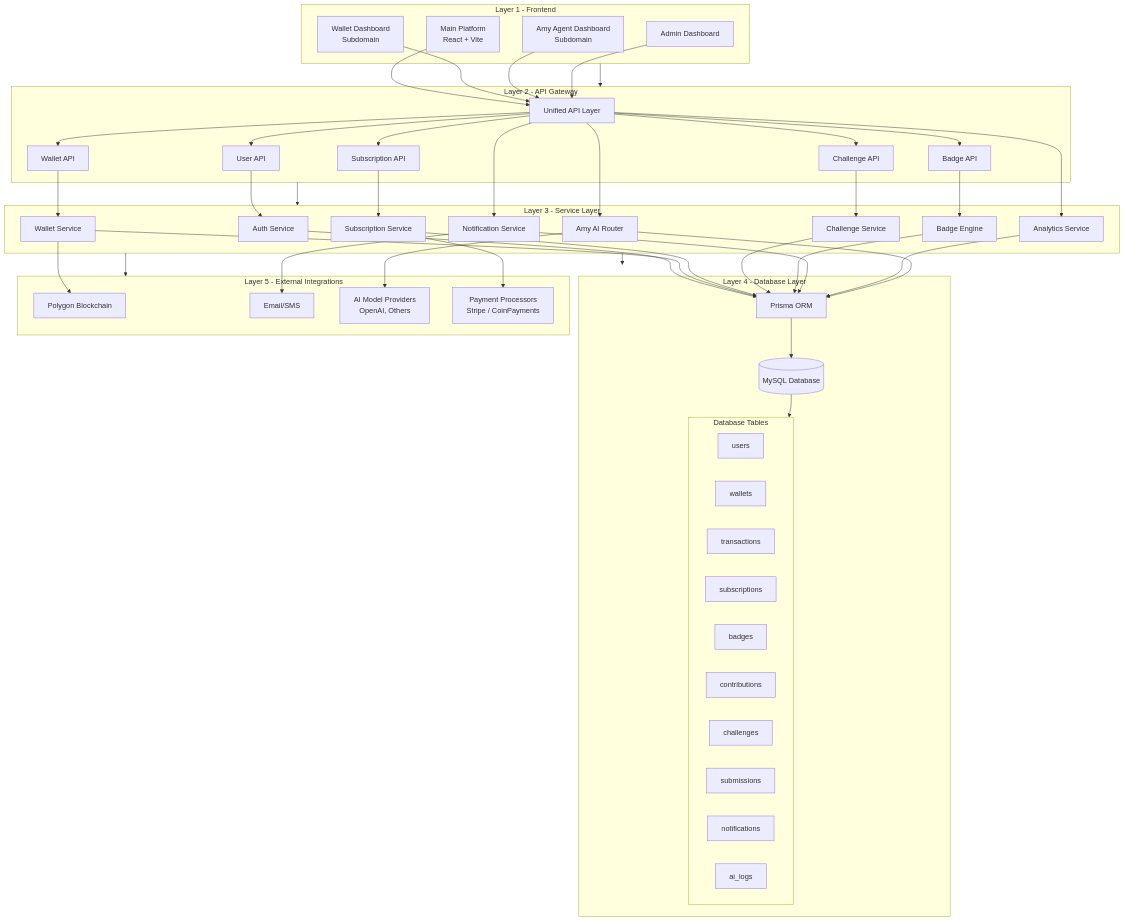
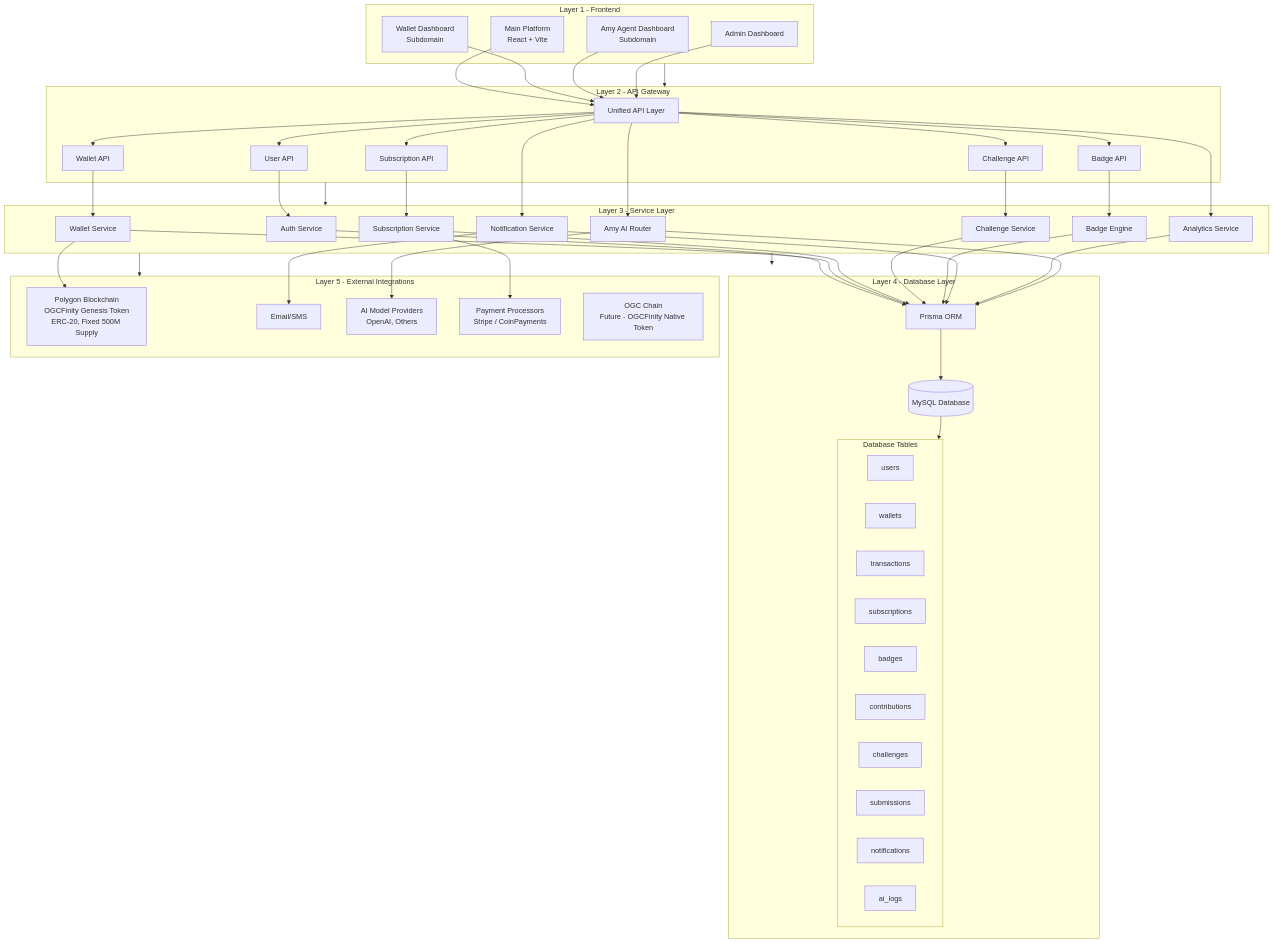
The diagram in docs/mermaid/02-architecture/phase-2.3--architecture--master.mmd (WaelOGC/OGC-NewFinity-Palstform), drawn with Mermaid before and after one commit. The commit also changed 327 other files, not shown here.

```diff
--- a/docs/mermaid/02-architecture/phase-2.3--architecture--master.mmd
+++ b/docs/mermaid/02-architecture/phase-2.3--architecture--master.mmd
@@ -1,97 +1,98 @@
 flowchart TB
 
 %% Phase 2.3 - OGC NewFinity Platform Master Architecture Diagram
 %% Large, layered structure showing complete platform architecture
 
 subgraph LAYER1["Layer 1 - Frontend"]
   MAIN_PLATFORM[Main Platform<br/>React + Vite]
   WALLET_DASH[Wallet Dashboard<br/>Subdomain]
   AMY_DASH[Amy Agent Dashboard<br/>Subdomain]
   ADMIN_DASH[Admin Dashboard]
 end
 
 subgraph LAYER2["Layer 2 - API Gateway"]
   API_GATEWAY[Unified API Layer]
   USER_API[User API]
   WALLET_API[Wallet API]
   SUBS_API[Subscription API]
   CHALLENGE_API[Challenge API]
   BADGE_API[Badge API]
 end
 
 subgraph LAYER3["Layer 3 - Service Layer"]
   AUTH_SERVICE[Auth Service]
   WALLET_SERVICE[Wallet Service]
   SUBS_SERVICE[Subscription Service]
   CHALLENGE_SERVICE[Challenge Service]
   BADGE_ENGINE[Badge Engine]
   NOTIF_SERVICE[Notification Service]
   ANALYTICS_SERVICE[Analytics Service]
   AMY_ROUTER[Amy AI Router]
 end
 
 subgraph LAYER4["Layer 4 - Database Layer"]
   PRISMA_ORM[Prisma ORM]
   MYSQL_DB[(MySQL Database)]
   
   subgraph TABLES["Database Tables"]
     USERS_TBL[users]
     WALLETS_TBL[wallets]
     TX_TBL[transactions]
     SUBS_TBL[subscriptions]
     BADGES_TBL[badges]
     CONTRIB_TBL[contributions]
     CHALLENGES_TBL[challenges]
     SUBMISSIONS_TBL[submissions]
     NOTIF_TBL[notifications]
     AI_LOGS_TBL[ai_logs]
   end
 end
 
 subgraph LAYER5["Layer 5 - External Integrations"]
-  POLYGON[Polygon Blockchain]
+  POLYGON[Polygon Blockchain<br/>OGCFinity Genesis Token<br/>ERC-20, Fixed 500M Supply]
   EMAIL_SMS[Email/SMS]
   AI_PROVIDERS[AI Model Providers<br/>OpenAI, Others]
   PAYMENT[Payment Processors<br/>Stripe / CoinPayments]
+  OGC_CHAIN[OGC Chain<br/>Future - OGCFinity Native Token]
 end
 
 LAYER1 --> LAYER2
 MAIN_PLATFORM --> API_GATEWAY
 WALLET_DASH --> API_GATEWAY
 AMY_DASH --> API_GATEWAY
 ADMIN_DASH --> API_GATEWAY
 
 LAYER2 --> LAYER3
 API_GATEWAY --> USER_API
 API_GATEWAY --> WALLET_API
 API_GATEWAY --> SUBS_API
 API_GATEWAY --> CHALLENGE_API
 API_GATEWAY --> BADGE_API
 
 USER_API --> AUTH_SERVICE
 WALLET_API --> WALLET_SERVICE
 SUBS_API --> SUBS_SERVICE
 CHALLENGE_API --> CHALLENGE_SERVICE
 BADGE_API --> BADGE_ENGINE
 API_GATEWAY --> NOTIF_SERVICE
 API_GATEWAY --> ANALYTICS_SERVICE
 API_GATEWAY --> AMY_ROUTER
 
 LAYER3 --> LAYER4
 AUTH_SERVICE --> PRISMA_ORM
 WALLET_SERVICE --> PRISMA_ORM
 SUBS_SERVICE --> PRISMA_ORM
 CHALLENGE_SERVICE --> PRISMA_ORM
 BADGE_ENGINE --> PRISMA_ORM
 NOTIF_SERVICE --> PRISMA_ORM
 ANALYTICS_SERVICE --> PRISMA_ORM
 AMY_ROUTER --> PRISMA_ORM
 
 PRISMA_ORM --> MYSQL_DB
 MYSQL_DB --> TABLES
 
 LAYER3 --> LAYER5
 WALLET_SERVICE --> POLYGON
 NOTIF_SERVICE --> EMAIL_SMS
 AMY_ROUTER --> AI_PROVIDERS
 SUBS_SERVICE --> PAYMENT
```
